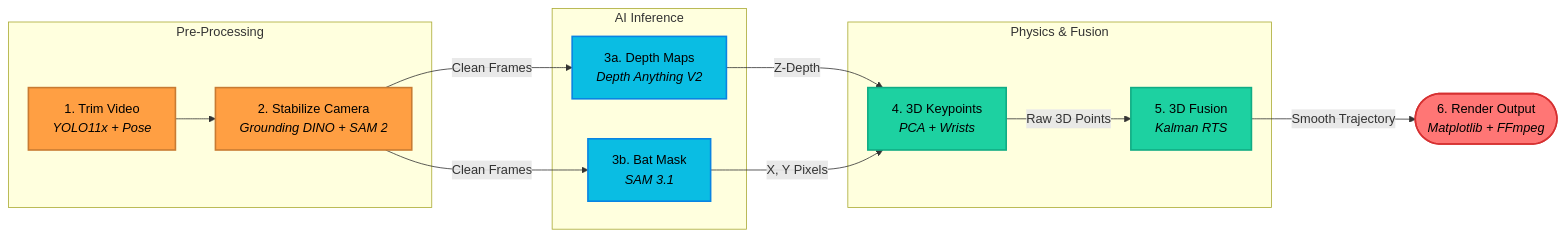
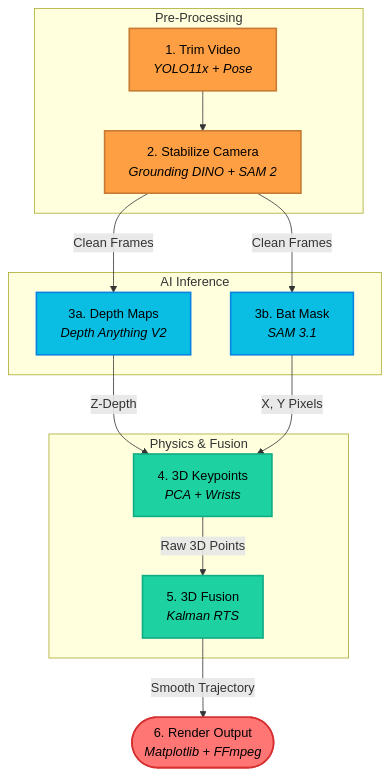
Before and after one commit to adnanmsk/blog_privew: the diagram in blog_draft_2.md, drawn with Mermaid.

Commit message:
Update Mermaid graph to user preference

````diff
--- a/blog_draft_2.md
+++ b/blog_draft_2.md
@@ -49,25 +49,25 @@
 ```mermaid
-graph LR
+graph TD
     %% Style Definitions
     classDef prep fill:#ff9f43,stroke:#c87b32,color:#000,stroke-width:2px;
     classDef infer fill:#0abde3,stroke:#0984e3,color:#000,stroke-width:2px;
     classDef phys fill:#1dd1a1,stroke:#10ac84,color:#000,stroke-width:2px;
     classDef out fill:#ff7675,stroke:#d63031,color:#000,stroke-width:2px;
 
     subgraph Pre-Processing
         T[1. Trim Video<br><i>YOLO11x + Pose</i>]:::prep --> S[2. Stabilize Camera<br><i>Grounding DINO + SAM 2</i>]:::prep
     end
     
     subgraph AI Inference
         S -- "Clean Frames" --> D[3a. Depth Maps<br><i>Depth Anything V2</i>]:::infer
         S -- "Clean Frames" --> Seg[3b. Bat Mask<br><i>SAM 3.1</i>]:::infer
     end
     
     subgraph Physics & Fusion
         D -- "Z-Depth" --> K[4. 3D Keypoints<br><i>PCA + Wrists</i>]:::phys
         Seg -- "X, Y Pixels" --> K
         K -- "Raw 3D Points" --> F[5. 3D Fusion<br><i>Kalman RTS</i>]:::phys
     end
     
     F -- "Smooth Trajectory" --> R([6. Render Output<br><i>Matplotlib + FFmpeg</i>]):::out
 ```
````
